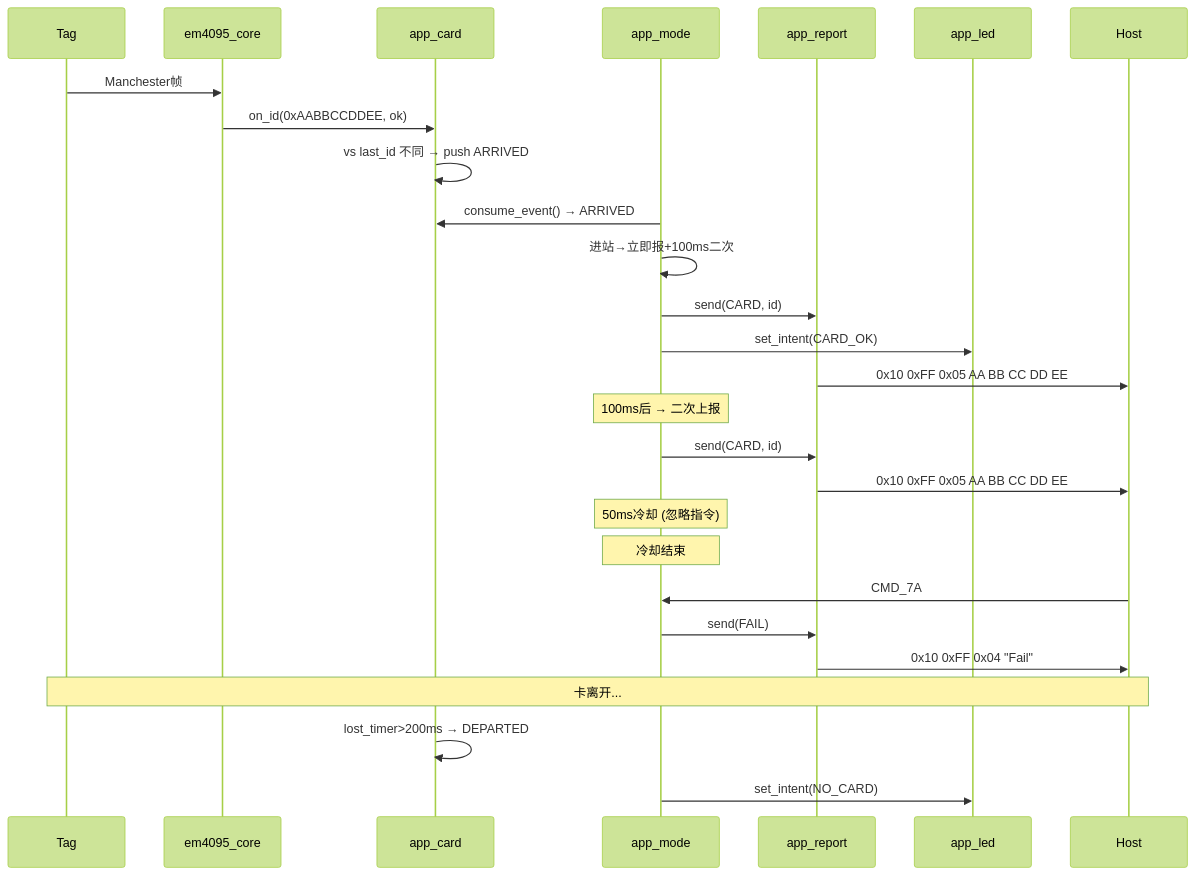
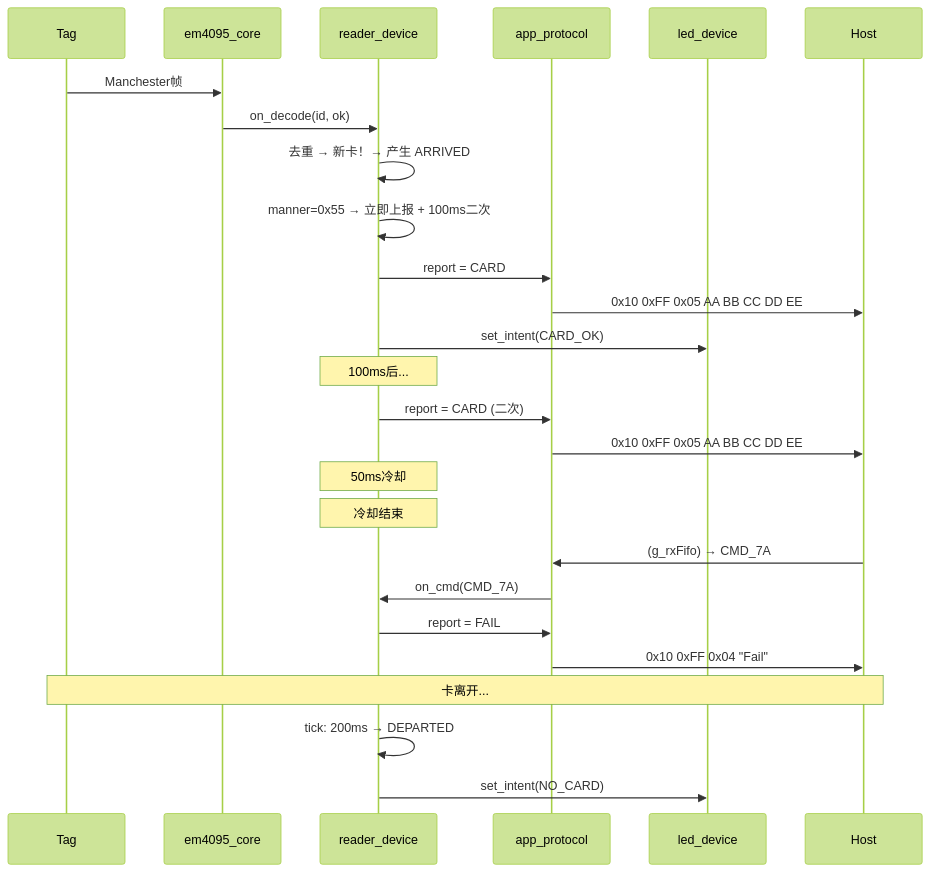
The ninth of 10 diagrams in 工作/SR3读卡器/260802SR3读卡器架构.md (Siaiai/ObsidianNote), drawn with Mermaid (forest theme) before and after one commit. The commit also changed other lines of this file, not shown here.

````diff
--- a/工作/SR3读卡器/260802SR3读卡器架构.md
+++ b/工作/SR3读卡器/260802SR3读卡器架构.md
@@ -726,33 +506,32 @@
 ```mermaid
 sequenceDiagram
     participant TAG as Tag
-    participant DEC as em4095_core
-    participant CARD as app_card
-    participant MODE as app_mode
-    participant RPT as app_report
-    participant LED as app_led
+    participant CORE as em4095_core
+    participant READER as reader_device
+    participant PT as app_protocol
+    participant LED as led_device
     participant HOST as Host
 
-    TAG->>DEC: Manchester帧
-    DEC->>CARD: on_id(0xAABBCCDDEE, ok)
-    CARD->>CARD: vs last_id 不同 → push ARRIVED
-    MODE->>CARD: consume_event() → ARRIVED
-    MODE->>MODE: 进站→立即报+100ms二次
-    MODE->>RPT: send(CARD, id)
-    MODE->>LED: set_intent(CARD_OK)
-    RPT->>HOST: 0x10 0xFF 0x05 AA BB CC DD EE
+    TAG->>CORE: Manchester帧
+    CORE->>READER: on_decode(id, ok)
+    READER->>READER: 去重 → 新卡！→ 产生 ARRIVED
+    READER->>READER: manner=0x55 → 立即上报 + 100ms二次
+    READER->>PT: report = CARD
+    PT->>HOST: 0x10 0xFF 0x05 AA BB CC DD EE
+    READER->>LED: set_intent(CARD_OK)
 
-    Note over MODE: 100ms后 → 二次上报
-    MODE->>RPT: send(CARD, id)
-    RPT->>HOST: 0x10 0xFF 0x05 AA BB CC DD EE
-    Note over MODE: 50ms冷却 (忽略指令)
+    Note over READER: 100ms后...
+    READER->>PT: report = CARD (二次)
+    PT->>HOST: 0x10 0xFF 0x05 AA BB CC DD EE
+    Note over READER: 50ms冷却
 
-    Note over MODE: 冷却结束
-    HOST->>MODE: CMD_7A
-    MODE->>RPT: send(FAIL)
-    RPT->>HOST: 0x10 0xFF 0x04 "Fail"
+    Note over READER: 冷却结束
+    HOST->>PT: (g_rxFifo) → CMD_7A
+    PT->>READER: on_cmd(CMD_7A)
+    READER->>PT: report = FAIL
+    PT->>HOST: 0x10 0xFF 0x04 "Fail"
 
     Note over TAG,HOST: 卡离开...
-    CARD->>CARD: lost_timer>200ms → DEPARTED
-    MODE->>LED: set_intent(NO_CARD)
+    READER->>READER: tick: 200ms → DEPARTED
+    READER->>LED: set_intent(NO_CARD)
 ```
````
